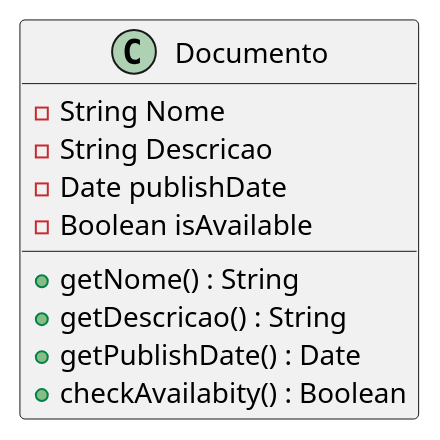
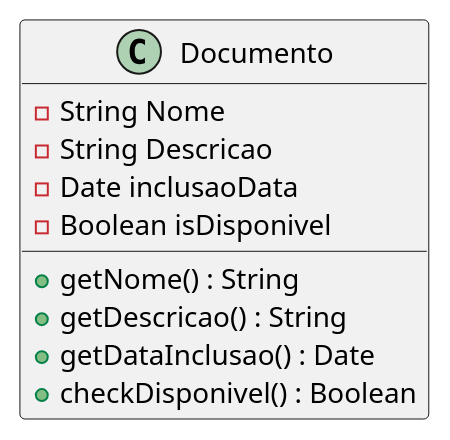
One commit to samoryfiotec/C4 changed the diagram in Codigo.puml. Above: the diagram before and after it, drawn with PlantUML. The commit also changed 10 other files, not shown here.

Commit message:
Atualizar diagramas e renomear atributos para refletir a nova nomenclatura da aplicação

```diff
--- a/Codigo.puml
+++ b/Codigo.puml
@@ -1,17 +1,17 @@
 @startuml AplicacaoCodigo
 
 !includeurl https://raw.githubusercontent.com/plantuml-stdlib/C4-PlantUML/master/C4_Component.puml
 
 class Documento {
     - String Nome
     - String Descricao
-    - Date publishDate
-    - Boolean isAvailable
+    - Date inclusaoData
+    - Boolean isDisponivel
 
 + getNome() : String
 + getDescricao() : String
-+ getPublishDate() : Date
-+ checkAvailabity() : Boolean
++ getDataInclusao() : Date
++ checkDisponivel() : Boolean
 }
 
 @enduml
```
